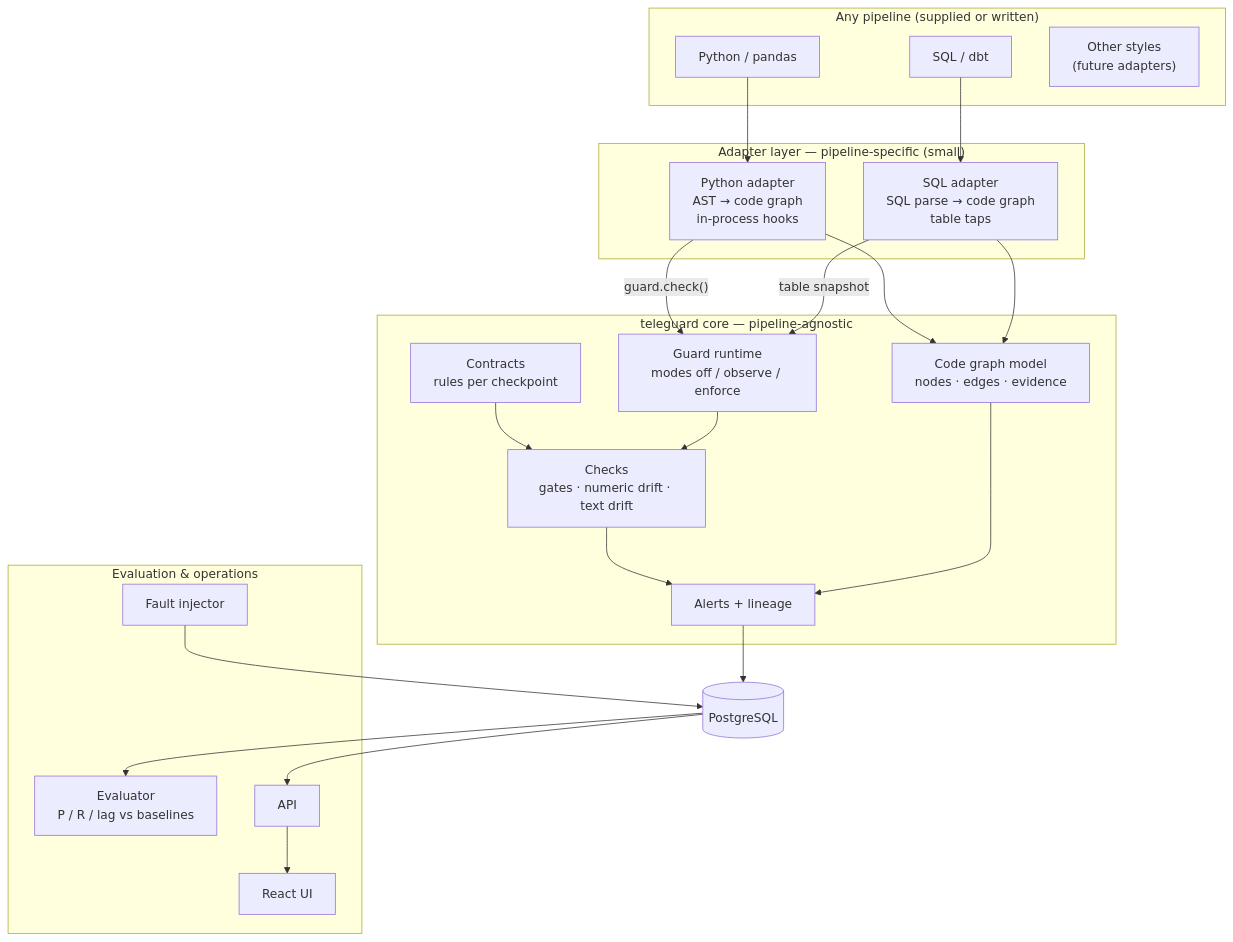
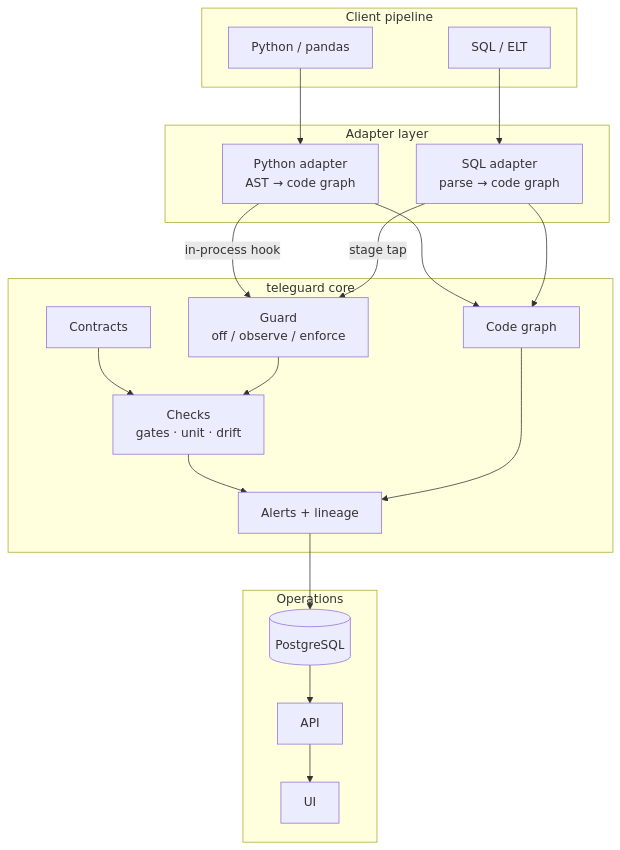
The diagram in docs/ARCHITECTURE.md (TejasBiradar/Telemetry-Pipeline-Hardening-), drawn with Mermaid before and after one commit. The commit also changed other lines of this file and 1 other file, not shown here.

Commit message:
optimized architecture

````diff
--- a/docs/ARCHITECTURE.md
+++ b/docs/ARCHITECTURE.md
@@ -12,44 +11,38 @@
 ```mermaid
 flowchart TB
-    subgraph P["Any pipeline (supplied or written)"]
+    subgraph P["Client pipeline"]
         PY["Python / pandas"]
-        SQL["SQL / dbt"]
-        OTH["Other styles<br/>(future adapters)"]
+        SQL["SQL / ELT"]
     end
 
-    subgraph AD["Adapter layer — pipeline-specific (small)"]
-        PA["Python adapter<br/>AST → code graph<br/>in-process hooks"]
-        SA["SQL adapter<br/>SQL parse → code graph<br/>table taps"]
+    subgraph AD["Adapter layer"]
+        PA["Python adapter<br/>AST → code graph"]
+        SA["SQL adapter<br/>parse → code graph"]
     end
 
-    subgraph CORE["teleguard core — pipeline-agnostic"]
-        CG["Code graph model<br/>nodes · edges · evidence"]
-        GU["Guard runtime<br/>modes off / observe / enforce"]
-        CK["Checks<br/>gates · numeric drift · text drift"]
-        CT["Contracts<br/>rules per checkpoint"]
+    subgraph CORE["teleguard core"]
+        CG["Code graph"]
+        GU["Guard<br/>off / observe / enforce"]
+        CK["Checks<br/>gates · unit · drift"]
+        CT["Contracts"]
         AL["Alerts + lineage"]
     end
 
-    subgraph PROVE["Evaluation & operations"]
-        INJ["Fault injector"]
-        EV["Evaluator<br/>P / R / lag vs baselines"]
+    subgraph OPS["Operations"]
         API["API"]
-        UI["React UI"]
+        UI["UI"]
+        DB[("PostgreSQL")]
     end
-
-    DB[("PostgreSQL")]
 
     PY --> PA
     SQL --> SA
     PA --> CG
     SA --> CG
-    PA -->|"guard.check()"| GU
-    SA -->|"table snapshot"| GU
+    PA -->|"in-process hook"| GU
+    SA -->|"stage tap"| GU
     CT --> CK
     GU --> CK --> AL
     CG --> AL
     AL --> DB
-    INJ --> DB
-    DB --> EV
     DB --> API --> UI
 ```
````
